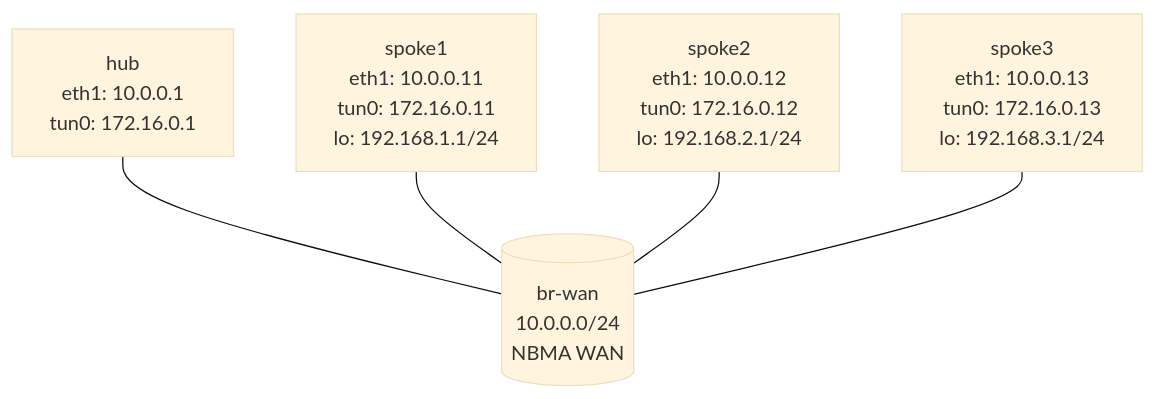
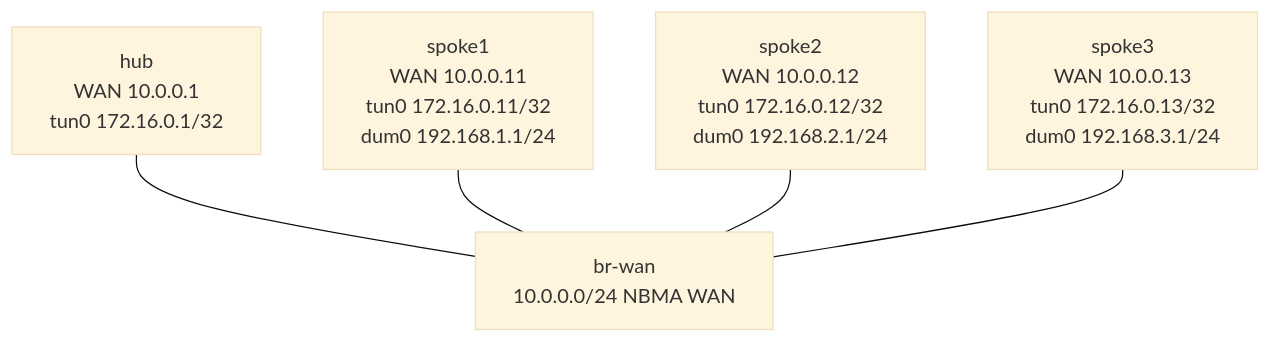
One commit to jschless/networkingLabs changed the diagram in labs/dmvpn-phase1/README.md. Above: the diagram before and after it, drawn with Mermaid (base theme). The commit also changed other lines of this file and 147 other files, not shown here.

````diff
--- a/labs/dmvpn-phase1/README.md
+++ b/labs/dmvpn-phase1/README.md
@@ -12,13 +14,12 @@
 ```mermaid
 flowchart TB
-    brwan[("br-wan<br/>10.0.0.0/24<br/>NBMA WAN")]
-    hub["hub<br/>eth1: 10.0.0.1<br/>tun0: 172.16.0.1"]
-    spoke1["spoke1<br/>eth1: 10.0.0.11<br/>tun0: 172.16.0.11<br/>lo: 192.168.1.1/24"]
-    spoke2["spoke2<br/>eth1: 10.0.0.12<br/>tun0: 172.16.0.12<br/>lo: 192.168.2.1/24"]
-    spoke3["spoke3<br/>eth1: 10.0.0.13<br/>tun0: 172.16.0.13<br/>lo: 192.168.3.1/24"]
-
-    hub --- brwan
-    spoke1 --- brwan
-    spoke2 --- brwan
-    spoke3 --- brwan
+    wan["br-wan<br/>10.0.0.0/24 NBMA WAN"]
+    hub["hub<br/>WAN 10.0.0.1<br/>tun0 172.16.0.1/32"]
+    s1["spoke1<br/>WAN 10.0.0.11<br/>tun0 172.16.0.11/32<br/>dum0 192.168.1.1/24"]
+    s2["spoke2<br/>WAN 10.0.0.12<br/>tun0 172.16.0.12/32<br/>dum0 192.168.2.1/24"]
+    s3["spoke3<br/>WAN 10.0.0.13<br/>tun0 172.16.0.13/32<br/>dum0 192.168.3.1/24"]
+    hub --- wan
+    s1 --- wan
+    s2 --- wan
+    s3 --- wan
 ```
````
